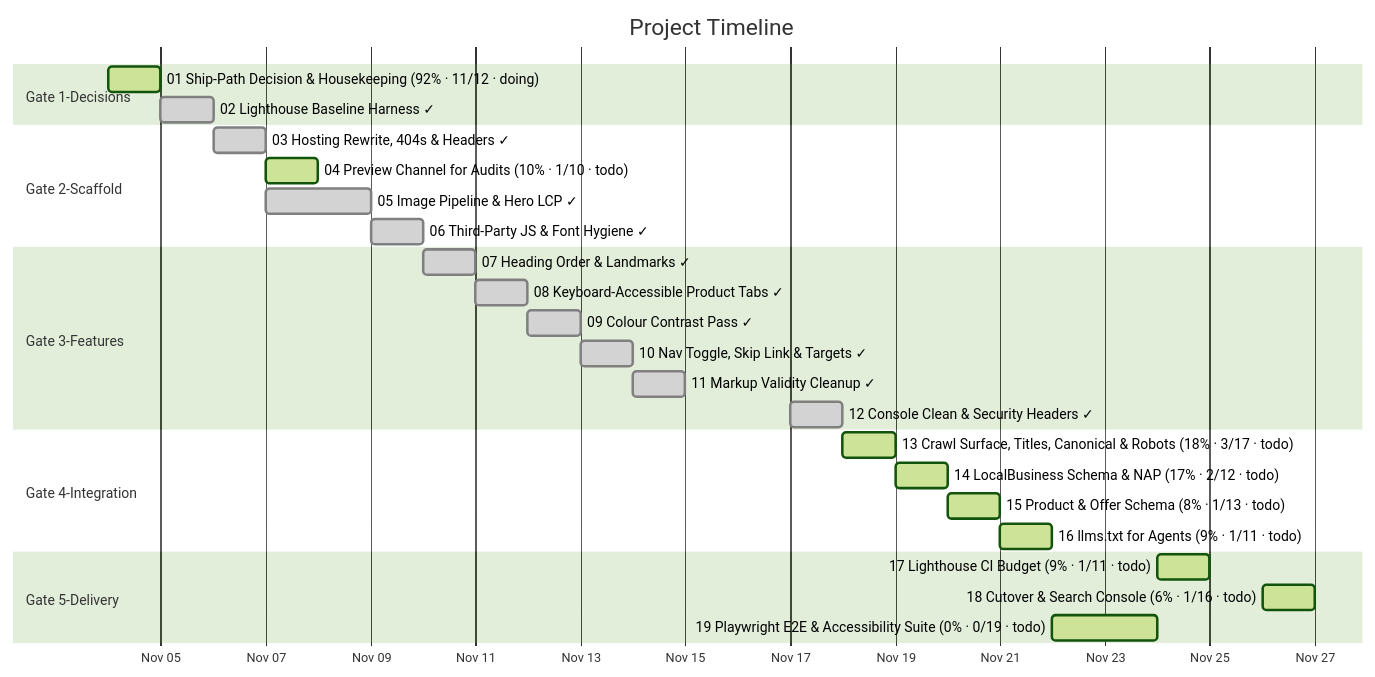
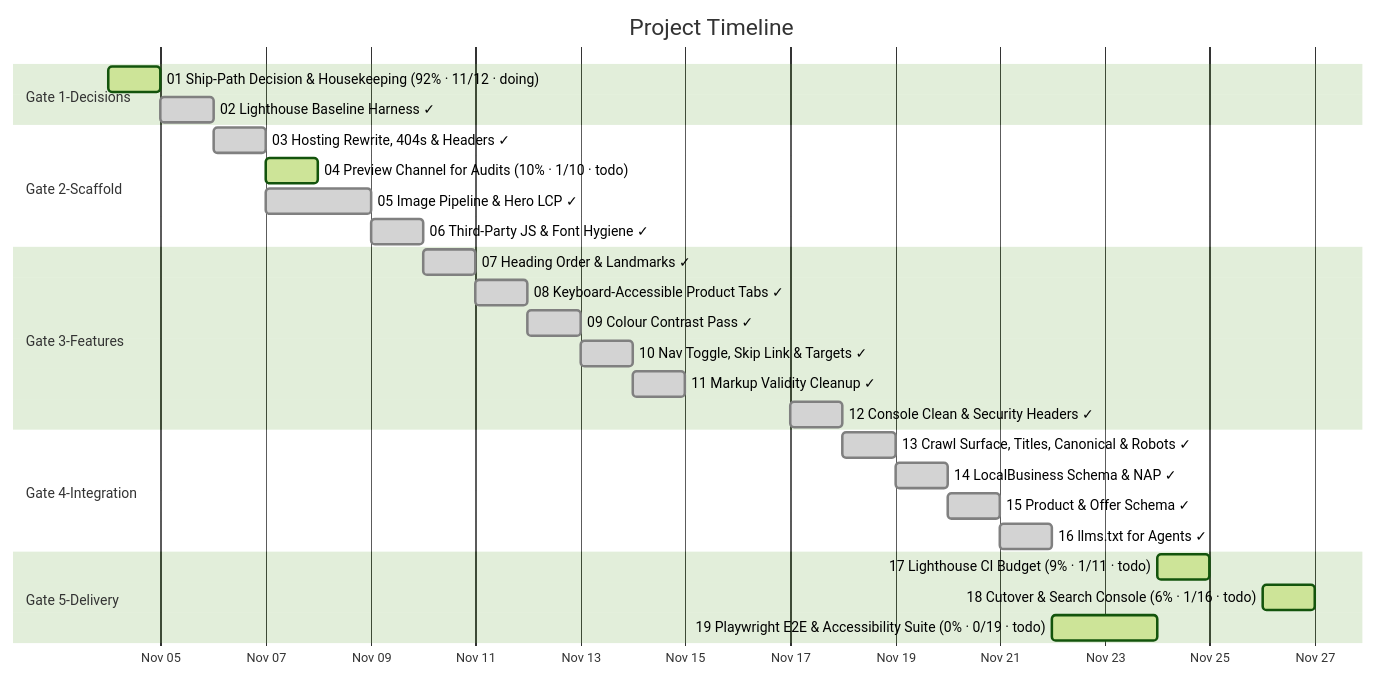
Before and after one commit to matterattetatte/esmia-v5: the diagram in docs/diagrams/task-gantt.md, drawn with Mermaid (forest theme). The commit also changed other lines of this file and 30 other files, not shown here.

Commit message:
Complete Gate 4: SEO crawl surface, LocalBusiness NAP, Product Offer schema, and llms.txt (#5)

````diff
--- a/docs/diagrams/task-gantt.md
+++ b/docs/diagrams/task-gantt.md
@@ -27,31 +27,31 @@
 ```mermaid
 gantt
     title Project Timeline
     dateFormat  YYYY-MM-DD
     axisFormat  %b %d
 
     section Gate 1-Decisions
     01 Ship-Path Decision & Housekeeping (92% · 11/12 · doing) : active, 2026-11-04, 1d
     02 Lighthouse Baseline Harness ✓ : done, 2026-11-05, 1d
     section Gate 2-Scaffold
     03 Hosting Rewrite, 404s & Headers ✓ : done, 2026-11-06, 1d
     04 Preview Channel for Audits (10% · 1/10 · todo) : active, 2026-11-07, 1d
     05 Image Pipeline & Hero LCP ✓ : done, 2026-11-07, 2d
     06 Third-Party JS & Font Hygiene ✓ : done, 2026-11-09, 1d
     section Gate 3-Features
     07 Heading Order & Landmarks ✓ : done, 2026-11-10, 1d
     08 Keyboard-Accessible Product Tabs ✓ : done, 2026-11-11, 1d
     09 Colour Contrast Pass ✓ : done, 2026-11-12, 1d
     10 Nav Toggle, Skip Link & Targets ✓ : done, 2026-11-13, 1d
     11 Markup Validity Cleanup ✓ : done, 2026-11-14, 1d
     12 Console Clean & Security Headers ✓ : done, 2026-11-17, 1d
     section Gate 4-Integration
-    13 Crawl Surface, Titles, Canonical & Robots (18% · 3/17 · todo) : active, 2026-11-18, 1d
-    14 LocalBusiness Schema & NAP (17% · 2/12 · todo) : active, 2026-11-19, 1d
-    15 Product & Offer Schema (8% · 1/13 · todo) : active, 2026-11-20, 1d
-    16 llms.txt for Agents (9% · 1/11 · todo) : active, 2026-11-21, 1d
+    13 Crawl Surface, Titles, Canonical & Robots ✓ : done, 2026-11-18, 1d
+    14 LocalBusiness Schema & NAP ✓ : done, 2026-11-19, 1d
+    15 Product & Offer Schema ✓ : done, 2026-11-20, 1d
+    16 llms.txt for Agents ✓ : done, 2026-11-21, 1d
     section Gate 5-Delivery
     17 Lighthouse CI Budget (9% · 1/11 · todo) : active, 2026-11-24, 1d
     18 Cutover & Search Console (6% · 1/16 · todo) : active, 2026-11-26, 1d
     19 Playwright E2E & Accessibility Suite (0% · 0/19 · todo) : active, 2026-11-22, 2d
 ```
````
